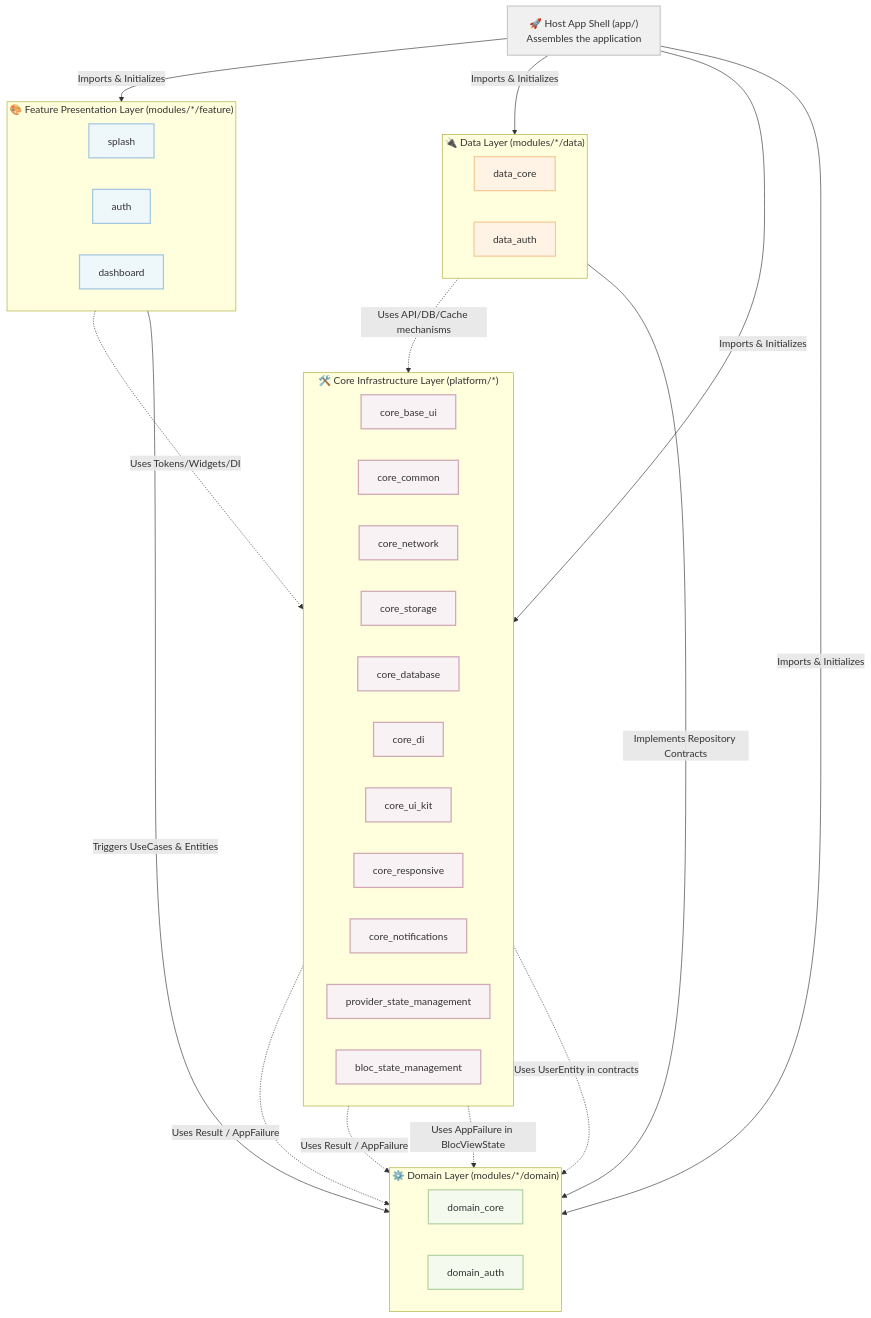
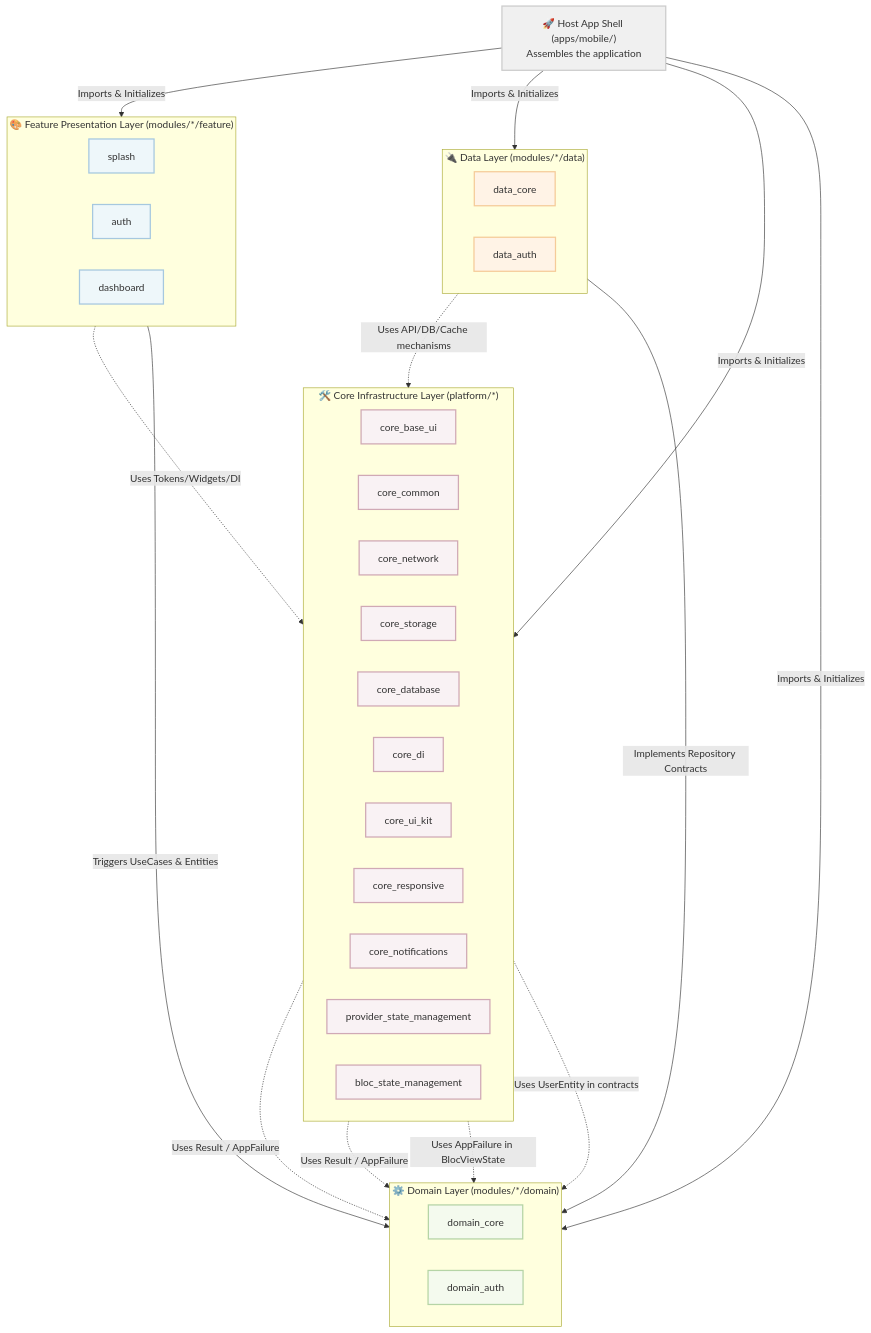
One commit to CaoGiaHieu-dev/flutter-monorepo-codebase changed the diagram in README.md. Above: the diagram before and after it, drawn with Mermaid. The commit also changed other lines of this file and 410 other files, not shown here.

First line of the commit message:
refactor: move app/ to apps/mobile/ and give every directory an owner

````diff
--- a/README.md
+++ b/README.md
@@ -18,63 +18,63 @@
 ```mermaid
 graph TD
     classDef core fill:#f9f2f4,stroke:#d0a9b5,stroke-width:2px,color:#333;
     classDef feature fill:#eef7fa,stroke:#a6c8df,stroke-width:2px,color:#333;
     classDef domain fill:#f4faee,stroke:#b5d4a6,stroke-width:2px,color:#333;
     classDef data fill:#fff3e6,stroke:#f5cb99,stroke-width:2px,color:#333;
     classDef app fill:#f0f0f0,stroke:#cccccc,stroke-width:2px,color:#333;
 
-    App["🚀 Host App Shell (app/)<br/>Assembles the application"]:::app
+    App["🚀 Host App Shell (apps/mobile/)<br/>Assembles the application"]:::app
 
     subgraph FeatureLayer ["🎨 Feature Presentation Layer (modules/*/feature)"]
         direction LR
         FeatSplash["splash"]:::feature
         FeatAuth["auth"]:::feature
         FeatDash["dashboard"]:::feature
     end
 
     subgraph DataLayer ["🔌 Data Layer (modules/*/data)"]
         direction LR
         DataCore["data_core"]:::data
         DataAuth["data_auth"]:::data
     end
 
     subgraph DomainLayer ["⚙️ Domain Layer (modules/*/domain)"]
         direction LR
         DomCore["domain_core"]:::domain
         DomAuth["domain_auth"]:::domain
     end
 
     subgraph CoreLayer ["🛠️ Core Infrastructure Layer (platform/*)"]
         direction LR
         CoreUI["core_base_ui"]:::core
         CoreCom["core_common"]:::core
         CoreNet["core_network"]:::core
         CoreStore["core_storage"]:::core
         CoreDB["core_database"]:::core
         CoreDI["core_di"]:::core
         CoreKit["core_ui_kit"]:::core
         CoreResp["core_responsive"]:::core
         CoreNotif["core_notifications"]:::core
         CoreProv["provider_state_management"]:::core
         CoreBloc["bloc_state_management"]:::core
     end
 
     %% Cross-layer Relationships
     App -->|"Imports & Initializes"| FeatureLayer
     App -->|"Imports & Initializes"| DataLayer
     App -->|"Imports & Initializes"| DomainLayer
     App -->|"Imports & Initializes"| CoreLayer
 
     FeatureLayer -->|"Triggers UseCases & Entities"| DomainLayer
     DataLayer -->|"Implements Repository Contracts"| DomainLayer
 
     FeatureLayer -.->|"Uses Tokens/Widgets/DI"| CoreLayer
     DataLayer -.->|"Uses API/DB/Cache mechanisms"| CoreLayer
 
     %% Domain sits at the centre and depends on NOTHING.
     %% Core may depend on Domain — never the reverse.
     CoreCom -.->|"Uses Result / AppFailure"| DomCore
     CoreProv -.->|"Uses Result / AppFailure"| DomCore
     CoreBloc -.->|"Uses AppFailure in BlocViewState"| DomCore
     CoreDI -.->|"Uses UserEntity in contracts"| DomAuth
 ```
````
